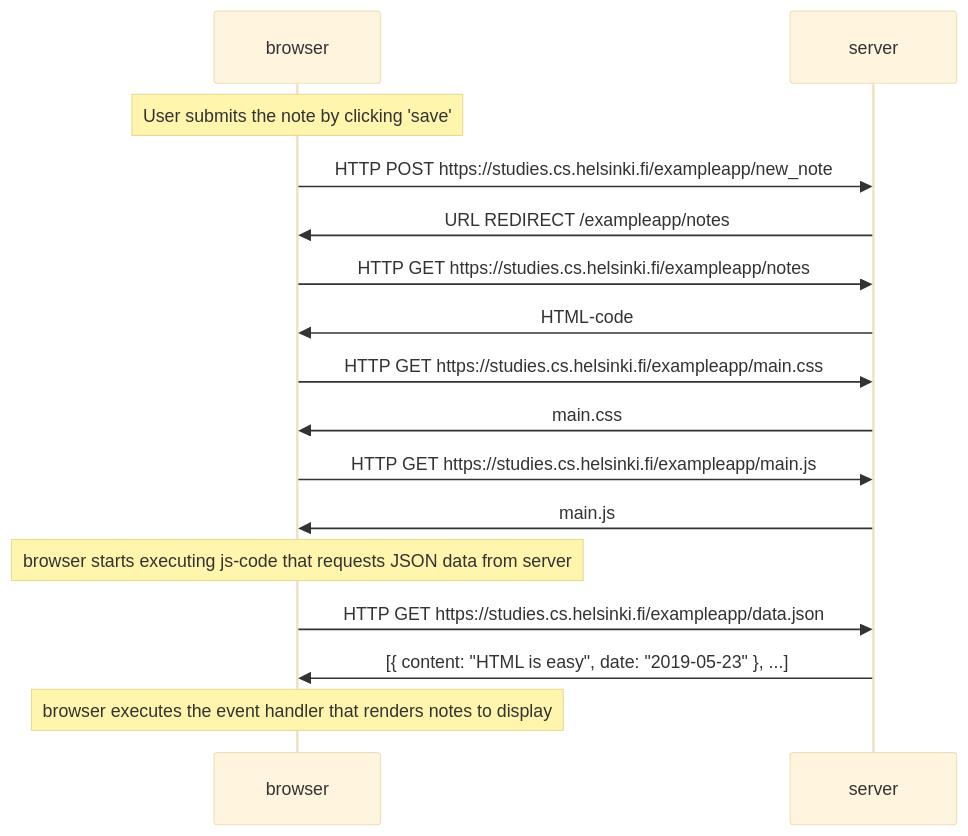
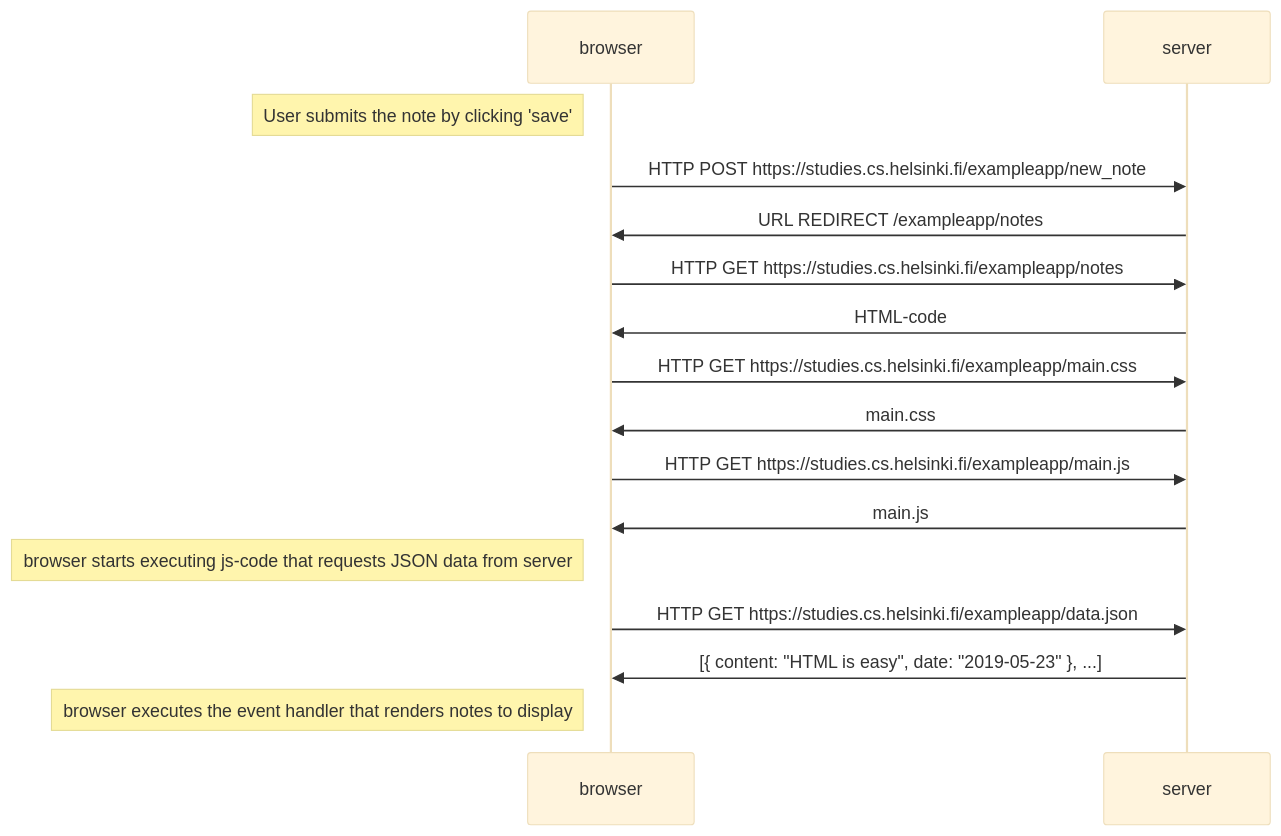
The diagram in part0/0.4_new_note.md (Sameer-Ahmed1/phonebook), drawn with Mermaid (base theme) before and after one commit.

````diff
--- a/part0/0.4_new_note.md
+++ b/part0/0.4_new_note.md
@@ -1,22 +1,22 @@
 ```mermaid
 sequenceDiagram
-note over browser: User submits the note by clicking 'save'
+note left of browser: User submits the note by clicking 'save'
 
 browser->>server:HTTP POST https://studies.cs.helsinki.fi/exampleapp/new_note
 server->>browser:URL REDIRECT /exampleapp/notes
 browser->>server: HTTP GET https://studies.cs.helsinki.fi/exampleapp/notes
 server->>browser: HTML-code
 browser->>server: HTTP GET https://studies.cs.helsinki.fi/exampleapp/main.css
 server->>browser: main.css
 browser->>server: HTTP GET https://studies.cs.helsinki.fi/exampleapp/main.js
 server->>browser: main.js
 
-note over browser: browser starts executing js-code that requests JSON data from server 
+note left of  browser: browser starts executing js-code that requests JSON data from server 
 
 
 browser->>server: HTTP GET https://studies.cs.helsinki.fi/exampleapp/data.json
 server->>browser: [{ content: "HTML is easy", date: "2019-05-23" }, ...]
 
-note over browser: browser executes the event handler that renders notes to display
+note left of browser: browser executes the event handler that renders notes to display
 
 ```
````
